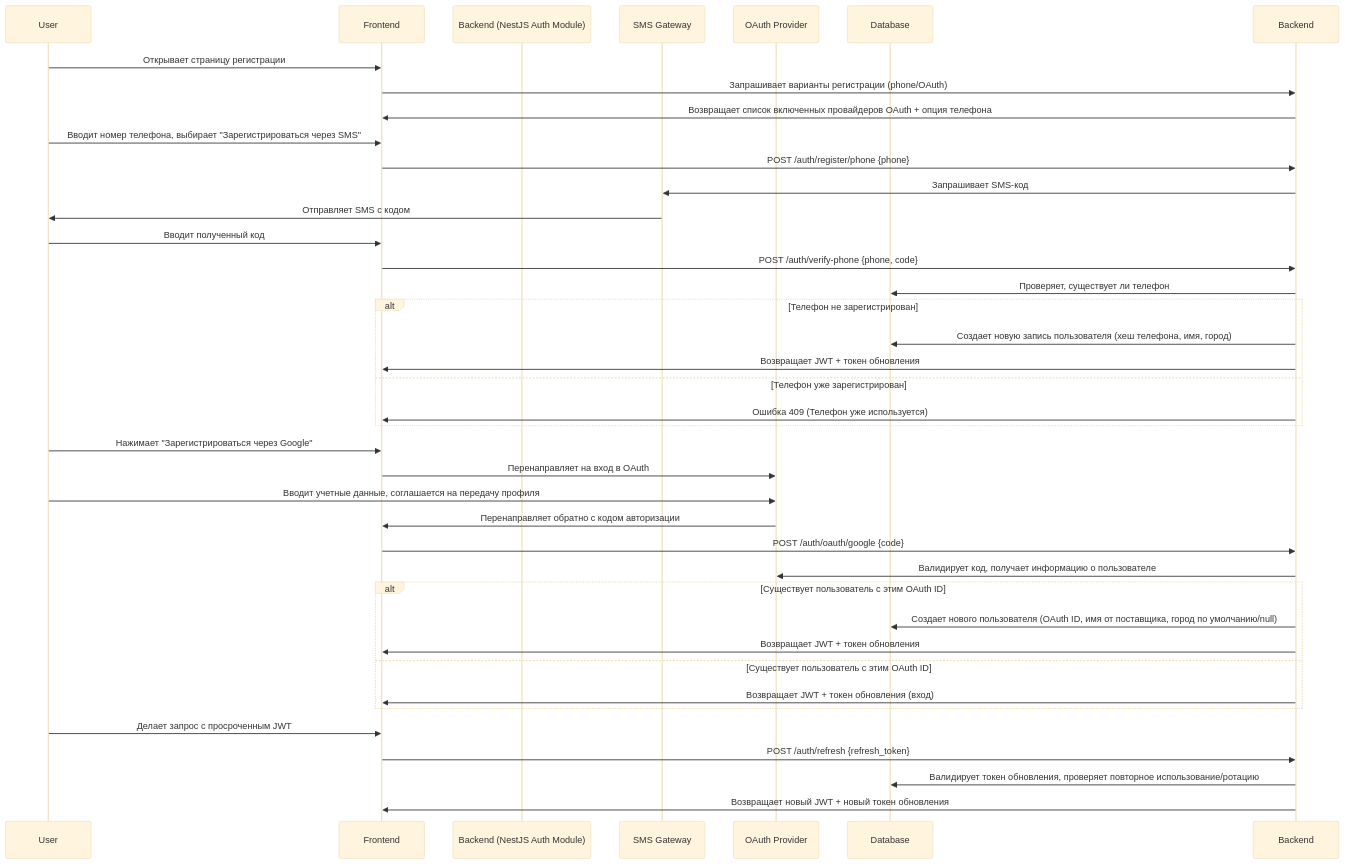
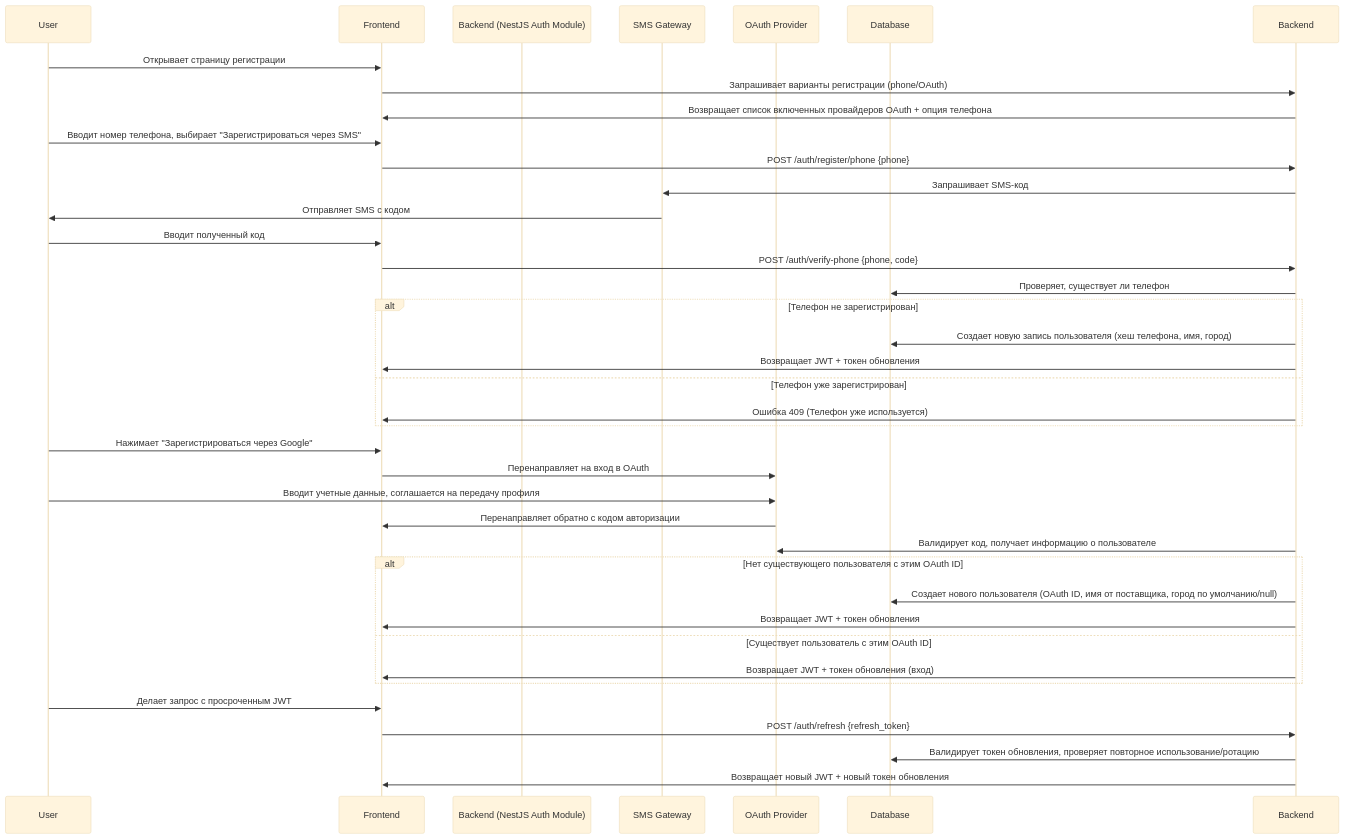
The diagram in docsRU/02-requirements/business-requirements/identity-domain.md (Aleksandr-Sulimenko/ZooLink), drawn with Mermaid (base theme) before and after one commit. The commit also changed other lines of this file and 72 other files, not shown here.

````diff
--- a/docsRU/02-requirements/business-requirements/identity-domain.md
+++ b/docsRU/02-requirements/business-requirements/identity-domain.md
@@ -62,48 +64,47 @@
 ```mermaid
 sequenceDiagram
  participant User
  participant Frontend
  participant Backend (NestJS Auth Module)
  participant SMS Gateway
  participant OAuth Provider
  participant Database
 
  User->>Frontend: Открывает страницу регистрации
  Frontend->>Backend: Запрашивает варианты регистрации (phone/OAuth)
  Backend->>Frontend: Возвращает список включенных провайдеров OAuth + опция телефона
 
  %% Путь регистрации по телефону
  User->>Frontend: Вводит номер телефона, выбирает "Зарегистрироваться через SMS"
  Frontend->>Backend: POST /auth/register/phone {phone}
  Backend->>SMS Gateway: Запрашивает SMS-код
  SMS Gateway->>User: Отправляет SMS с кодом
  User->>Frontend: Вводит полученный код
  Frontend->>Backend: POST /auth/verify-phone {phone, code}
  Backend->>Database: Проверяет, существует ли телефон
  alt Телефон не зарегистрирован
  Backend->>Database: Создает новую запись пользователя (хеш телефона, имя, город)
  Backend->>Frontend: Возвращает JWT + токен обновления
  else Телефон уже зарегистрирован
  Backend->>Frontend: Ошибка 409 (Телефон уже используется)
  end
 
  %% Путь регистрации через OAuth
  User->>Frontend: Нажимает "Зарегистрироваться через Google"
  Frontend->>OAuth Provider: Перенаправляет на вход в OAuth
  User->>OAuth Provider: Вводит учетные данные, соглашается на передачу профиля
  OAuth Provider->>Frontend: Перенаправляет обратно с кодом авторизации
- Frontend->>Backend: POST /auth/oauth/google {code}
  Backend->>OAuth Provider: Валидирует код, получает информацию о пользователе
- alt Существует пользователь с этим OAuth ID
+ alt Нет существующего пользователя с этим OAuth ID
  Backend->>Database: Создает нового пользователя (OAuth ID, имя от поставщика, город по умолчанию/null)
  Backend->>Frontend: Возвращает JWT + токен обновления
  else Существует пользователь с этим OAuth ID
  Backend->>Frontend: Возвращает JWT + токен обновления (вход)
  end
 
  %% Поток токена обновления (общий)
  User->>Frontend: Делает запрос с просроченным JWT
  Frontend->>Backend: POST /auth/refresh {refresh_token}
  Backend->>Database: Валидирует токен обновления, проверяет повторное использование/ротацию
  Backend->>Frontend: Возвращает новый JWT + новый токен обновления
 ```
````
